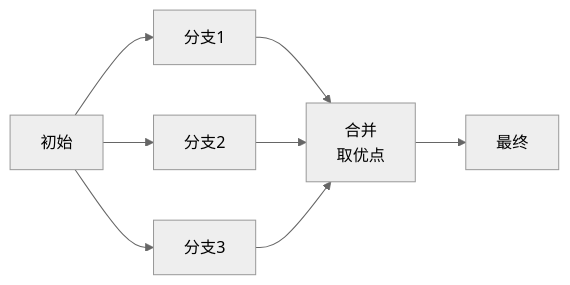
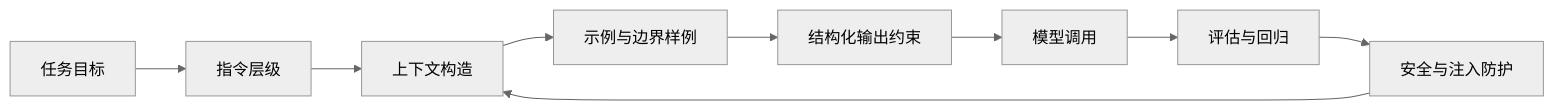
Before and after one commit to likebeans/notes-on-llms: the diagram in docs/llms/prompt/index.md, drawn with Mermaid (neutral theme). The commit also changed other lines of this file and 1 other file, not shown here.

````diff
--- a/docs/llms/prompt/index.md
+++ b/docs/llms/prompt/index.md
@@ -198,10 +34,11 @@
 ```mermaid
 flowchart LR
-    A[初始] --> B1[分支1]
-    A --> B2[分支2]
-    A --> B3[分支3]
-    B1 --> C[合并<br/>取优点]
-    B2 --> C
-    B3 --> C
-    C --> D[最终]
+  Goal[任务目标] --> Authority[指令层级]
+  Authority --> Context[上下文构造]
+  Context --> Examples[示例与边界样例]
+  Examples --> Output[结构化输出约束]
+  Output --> Run[模型调用]
+  Run --> Eval[评估与回归]
+  Eval --> Security[安全与注入防护]
+  Security --> Context
 ```
````
